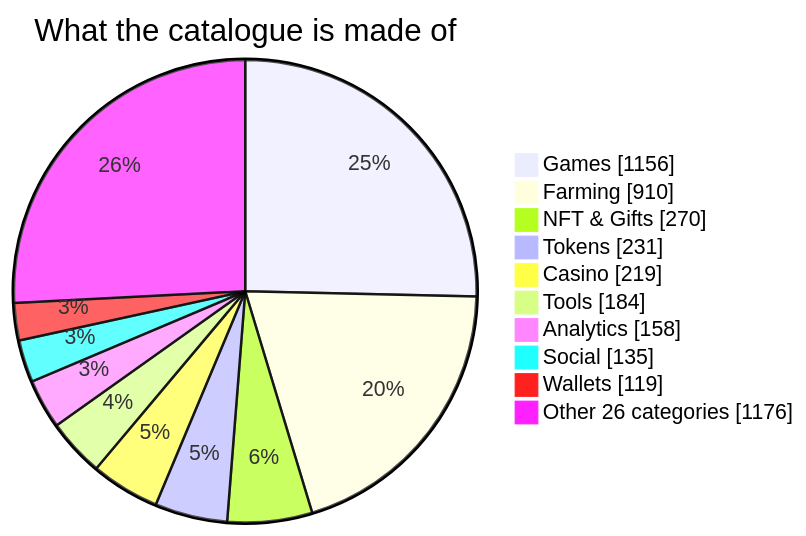
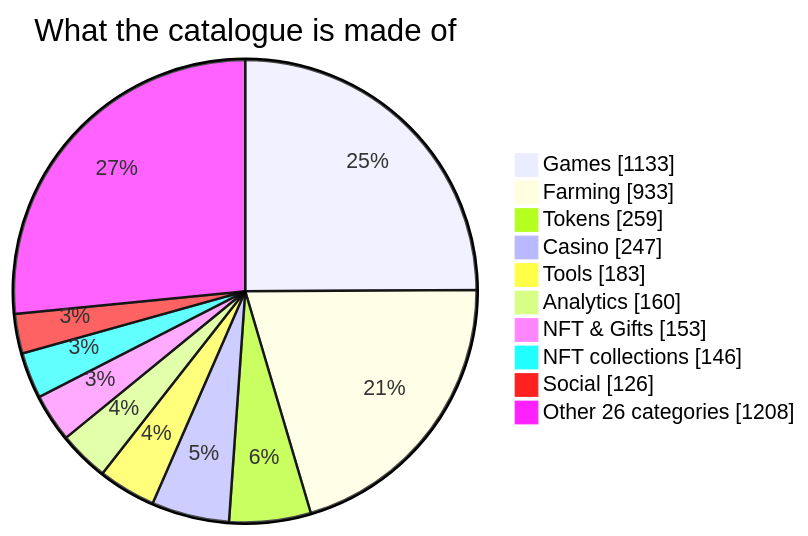
The first of 4 diagrams in README.md (vitalikgpt/gram-ecosystem), drawn with Mermaid before and after one commit. The commit also changed other lines of this file and 69 other files, not shown here.

````diff
--- a/README.md
+++ b/README.md
@@ -59,14 +59,14 @@
 ```mermaid
 pie showData
   title What the catalogue is made of
-  "Games" : 1156
-  "Farming" : 910
-  "NFT & Gifts" : 270
-  "Tokens" : 231
-  "Casino" : 219
-  "Tools" : 184
-  "Analytics" : 158
-  "Social" : 135
-  "Wallets" : 119
-  "Other 26 categories" : 1176
+  "Games" : 1133
+  "Farming" : 933
+  "Tokens" : 259
+  "Casino" : 247
+  "Tools" : 183
+  "Analytics" : 160
+  "NFT & Gifts" : 153
+  "NFT collections" : 146
+  "Social" : 126
+  "Other 26 categories" : 1208
 ```
````
